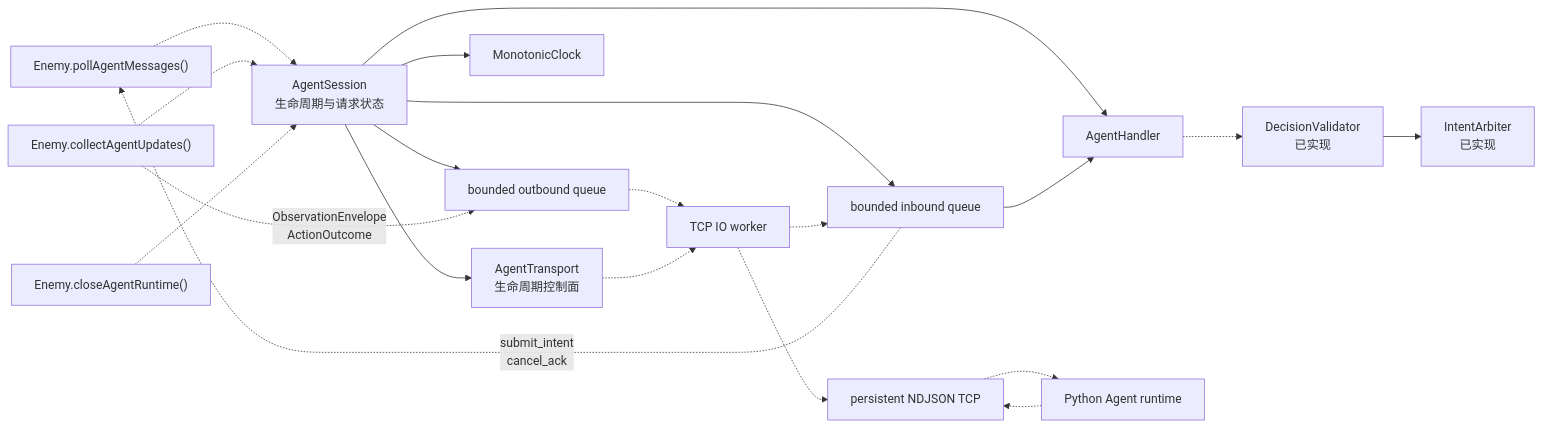
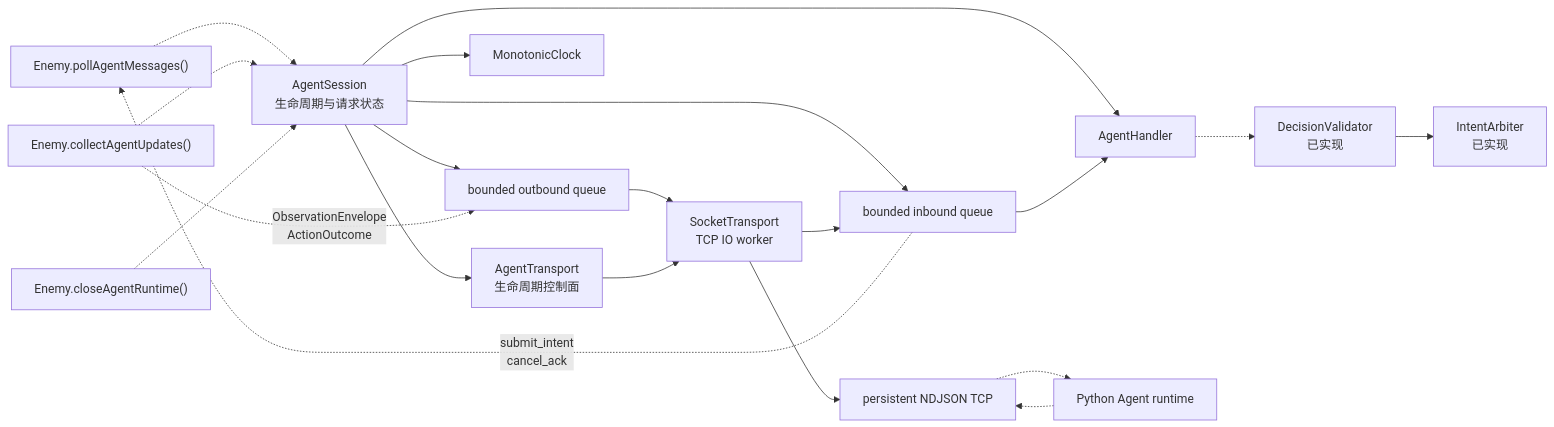
One commit to ericdonno/cs61b-std changed the eighth of 8 diagrams in proj2/AI_TICK_ARCHITECTURE.md. Above: the diagram before and after it, drawn with Mermaid. The commit also changed other lines of this file and 5 other files, not shown here.

Commit message:
Implement SocketTransport TCP worker and document transport integration

````diff
--- a/proj2/AI_TICK_ARCHITECTURE.md
+++ b/proj2/AI_TICK_ARCHITECTURE.md
@@ -496,26 +496,26 @@
 ```mermaid
 flowchart LR
     POLL["Enemy.pollAgentMessages()"] -.-> SESSION["AgentSession<br/>生命周期与请求状态"]
     COLLECT["Enemy.collectAgentUpdates()"] -.-> SESSION
     CLOSE["Enemy.closeAgentRuntime()"] -.-> SESSION
 
     SESSION --> INQ["bounded inbound queue"]
     SESSION --> OUTQ["bounded outbound queue"]
     SESSION --> CLOCK["MonotonicClock"]
     SESSION --> HANDLER["AgentHandler"]
     SESSION --> TRANSPORT["AgentTransport<br/>生命周期控制面"]
 
     INQ --> HANDLER
     HANDLER -.-> VALIDATOR["DecisionValidator<br/>已实现"]
     VALIDATOR --> ARBITER["IntentArbiter<br/>已实现"]
 
-    OUTQ -.-> IO["TCP IO worker"]
-    TRANSPORT -.-> IO
-    IO -.-> TCP["persistent NDJSON TCP"]
+    OUTQ --> IO["SocketTransport<br/>TCP IO worker"]
+    TRANSPORT --> IO
+    IO --> TCP["persistent NDJSON TCP"]
     TCP -.-> PY["Python Agent runtime"]
     PY -.-> TCP
-    IO -.-> INQ
+    IO --> INQ
 
     COLLECT -.->|"ObservationEnvelope<br/>ActionOutcome"| OUTQ
     INQ -.->|"submit_intent<br/>cancel_ack"| POLL
 ```
````
